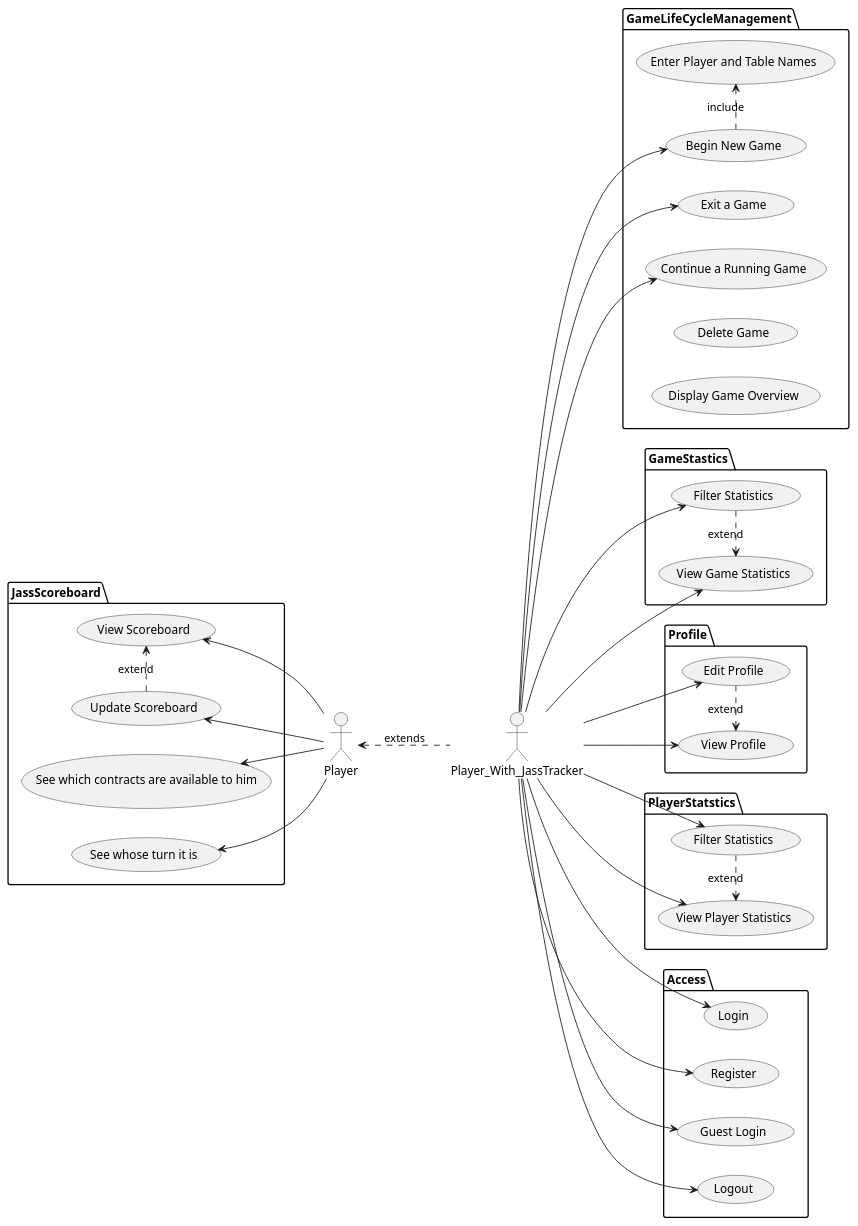
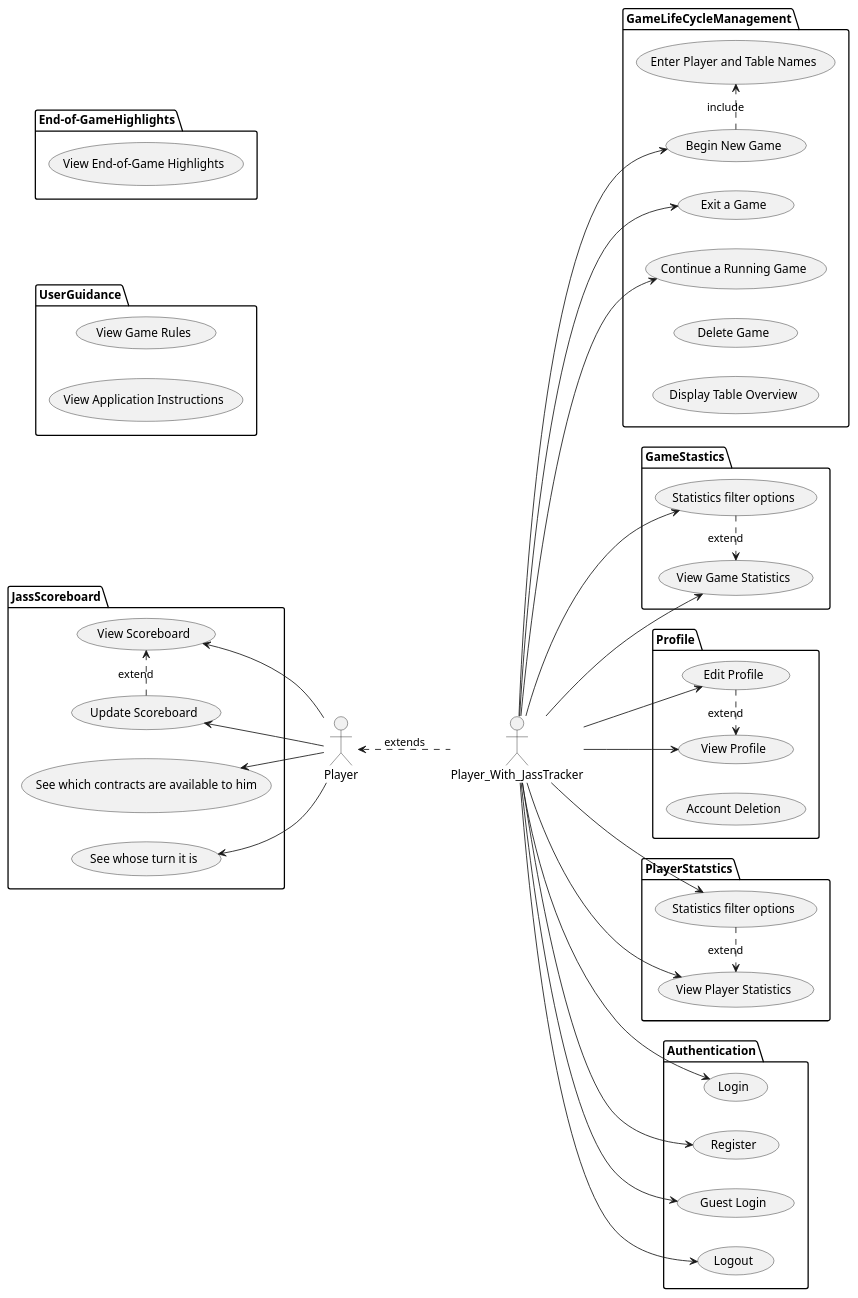
Before and after one commit to PascalHonegger/JassTracker: the diagram in Documentation/src/resources/diagrams/use-case.plantuml, drawn with PlantUML. The commit also changed 3 other files, not shown here.

Commit message:
feat(doc): verify consistency in usecase diagram and FRs

```diff
--- a/Documentation/src/resources/diagrams/use-case.plantuml
+++ b/Documentation/src/resources/diagrams/use-case.plantuml
@@ -1,72 +1,82 @@
 @startuml JassTracker
 left to right direction
 actor Player as p
 actor Player_With_JassTracker as pt
-package Access {
+package Authentication { 
   usecase "Login" as A1
   usecase "Register" as A2
   usecase "Guest Login" as A3
   usecase "Logout" as A4
 }
 
 package GameLifeCycleManagement {
   usecase "Begin New Game" as GLCM1
   usecase "Enter Player and Table Names" as GLCMH1
   usecase "Exit a Game" as GLCM2
   usecase "Continue a Running Game" as GLCM3
   usecase "Delete Game" as GLCM4
-  usecase "Display Game Overview" as GLCM5
+  usecase "Display Table Overview" as GLCM5
 
   GLCM1 .> GLCMH1 : include
 }
 package JassScoreboard {
   usecase "View Scoreboard" as JS1
   usecase "Update Scoreboard" as JS2
   usecase "See whose turn it is" as JS3
   usecase "See which contracts are available to him" as JS4
   JS2 .> JS1 : extend
 }
 package GameStastics {
   usecase "View Game Statistics" as GS1
-  usecase "Filter Statistics" as GS2
+  usecase "Statistics filter options" as GS2
   GS2 .> GS1 : extend
 }
 package Profile {
   usecase "View Profile" as P1
   usecase "Edit Profile" as P2
+  usecase "Account Deletion"
   P2 .> P1 : extend
 }
 package PlayerStatstics {
   usecase "View Player Statistics" as PS1
-  usecase "Filter Statistics" as PS2
+  usecase "Statistics filter options" as PS2
   PS2 .> PS1 : extend
+}
+
+package UserGuidance {
+  usecase "View Game Rules"
+  usecase "View Application Instructions"
+}
+
+package End-of-GameHighlights {
+  usecase "View End-of-Game Highlights"
 }
 
 'Player With JassTracker'
 pt --> A1
 pt --> A2
 pt --> A3
 pt --> A4
 
 pt --> P1
 pt --> P2
 
 pt --> PS1
 pt --> PS2
 
 pt --> GLCM1
 pt --> GLCM2
 pt --> GLCM3
 
 pt --> GS1
 pt --> GS2
 
 'Player'
 pt .u.> p : extends
 
 p -u-> JS1
 p -u-> JS2
 p -u-> JS3
 p -u-> JS4
 
 @enduml
```
